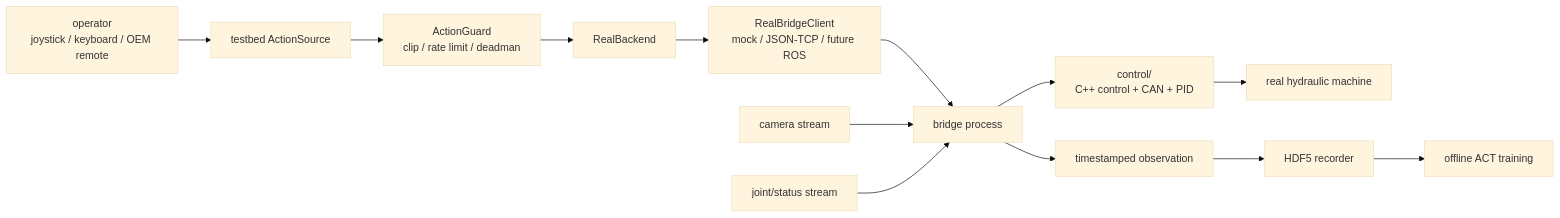
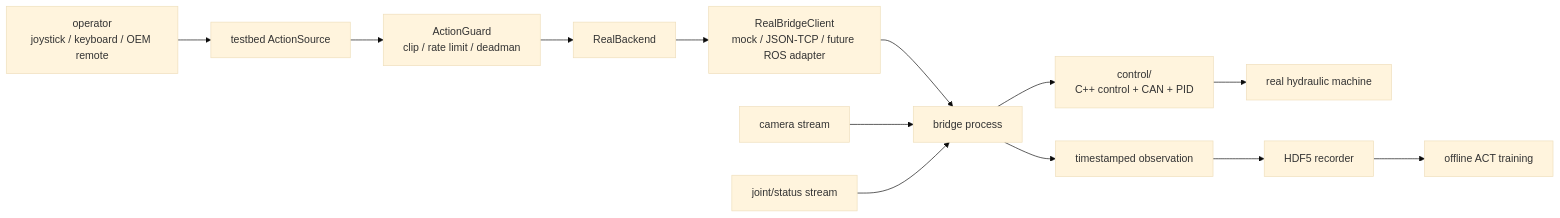
The diagram in README.md (xtt001/Excavator_real_stack), drawn with Mermaid (base theme) before and after one commit. The commit also changed other lines of this file and 16 other files, not shown here.

Commit message:
Add real bridge bring-up tooling

````diff
--- a/README.md
+++ b/README.md
@@ -29,16 +29,16 @@
 ```mermaid
 flowchart LR
     OP["operator<br/>joystick / keyboard / OEM remote"] --> AS["testbed ActionSource"]
     AS --> GUARD["ActionGuard<br/>clip / rate limit / deadman"]
     GUARD --> RB["RealBackend"]
-    RB --> CLIENT["RealBridgeClient<br/>mock / JSON-TCP / future ROS"]
+    RB --> CLIENT["RealBridgeClient<br/>mock / JSON-TCP / future ROS adapter"]
     CLIENT --> BRIDGE["bridge process"]
     BRIDGE --> CTRL["control/<br/>C++ control + CAN + PID"]
     CTRL --> HYD["real hydraulic machine"]
 
     CAM["camera stream"] --> BRIDGE
     JOINT["joint/status stream"] --> BRIDGE
     BRIDGE --> OBS["timestamped observation"]
     OBS --> REC["HDF5 recorder"]
     REC --> TRAIN["offline ACT training"]
 ```
````
